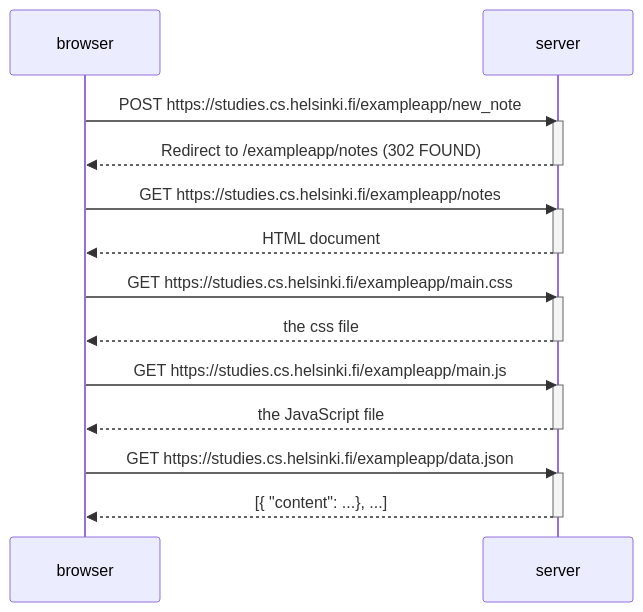
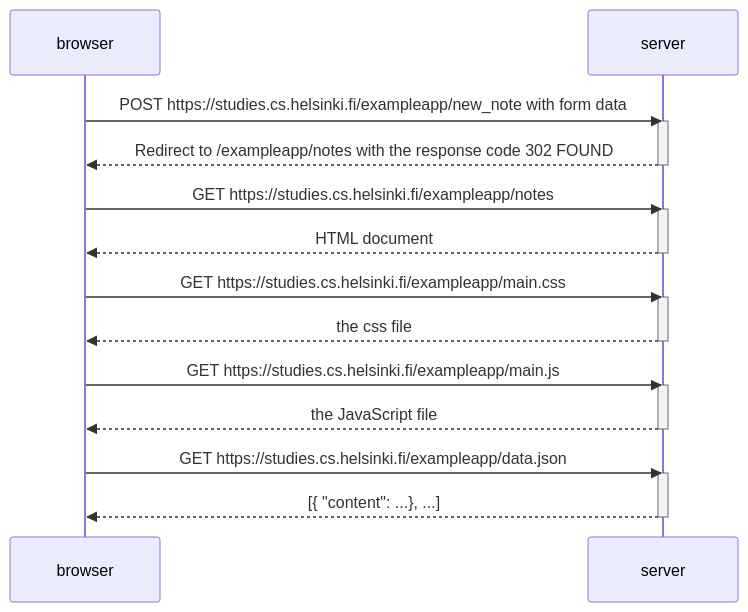
One commit to prozak/fullstackcourse changed the first of 3 diagrams in part0/diagrams.md. Above: the diagram before and after it, drawn with Mermaid. The commit also changed other lines of this file, not shown here.

Commit message:
Solution for "0.6: New note in Single page app diagram"

````diff
--- a/part0/diagrams.md
+++ b/part0/diagrams.md
@@ -3,30 +3,30 @@
 ```mermaid
 sequenceDiagram
     participant browser
     participant server
 
-    browser->>server: POST https://studies.cs.helsinki.fi/exampleapp/new_note
+    browser->>server: POST https://studies.cs.helsinki.fi/exampleapp/new_note with form data
     activate server
-    server-->>browser: Redirect to /exampleapp/notes (302 FOUND)
+    server-->>browser: Redirect to /exampleapp/notes with the response code 302 FOUND
     deactivate server
 
     browser->>server: GET https://studies.cs.helsinki.fi/exampleapp/notes
     activate server
     server-->>browser: HTML document
     deactivate server
 
     browser->>server: GET https://studies.cs.helsinki.fi/exampleapp/main.css
     activate server
     server-->>browser: the css file
     deactivate server
 
     browser->>server: GET https://studies.cs.helsinki.fi/exampleapp/main.js
     activate server
     server-->>browser: the JavaScript file
     deactivate server
 
     browser->>server: GET https://studies.cs.helsinki.fi/exampleapp/data.json
     activate server
     server-->>browser: [{ "content": ...}, ...]
     deactivate server
 ```
````
